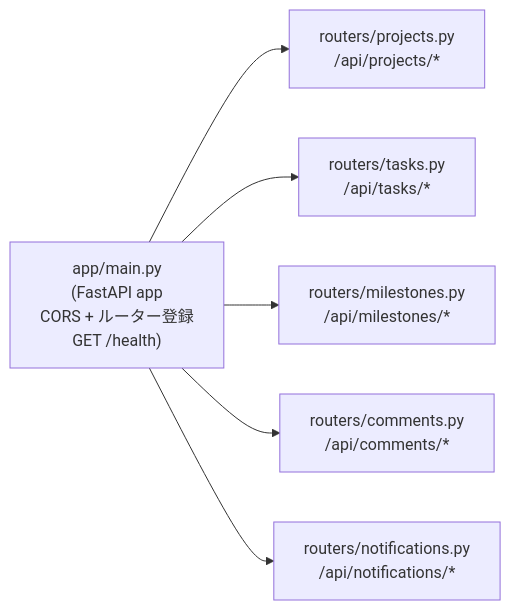
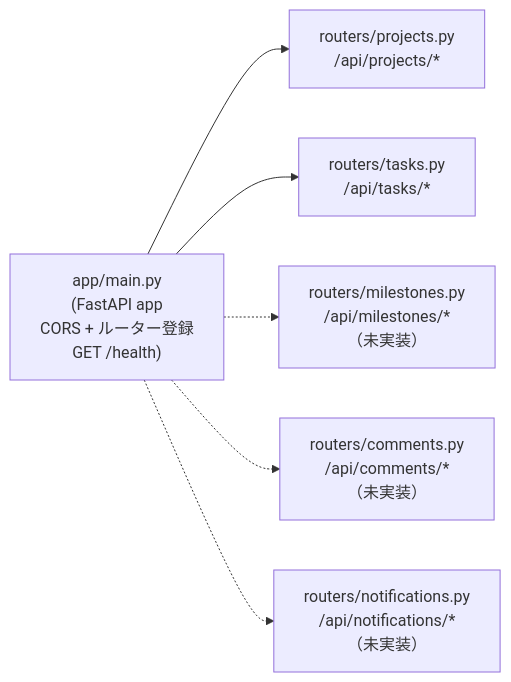
The first of 2 diagrams in docs/design/api.md (nakata5577/wbs-tool), drawn with Mermaid before and after one commit. The commit also changed other lines of this file and 5 other files, not shown here.

````diff
--- a/docs/design/api.md
+++ b/docs/design/api.md
@@ -22,8 +22,8 @@
 ```mermaid
 flowchart LR
     Main["app/main.py\n(FastAPI app\nCORS + ルーター登録\nGET /health)"] --> Projects["routers/projects.py\n/api/projects/*"]
     Main --> Tasks["routers/tasks.py\n/api/tasks/*"]
-    Main --> Milestones["routers/milestones.py\n/api/milestones/*"]
-    Main --> Comments["routers/comments.py\n/api/comments/*"]
-    Main --> Notifications["routers/notifications.py\n/api/notifications/*"]
+    Main -.-> Milestones["routers/milestones.py\n/api/milestones/*\n（未実装）"]
+    Main -.-> Comments["routers/comments.py\n/api/comments/*\n（未実装）"]
+    Main -.-> Notifications["routers/notifications.py\n/api/notifications/*\n（未実装）"]
 ```
````
